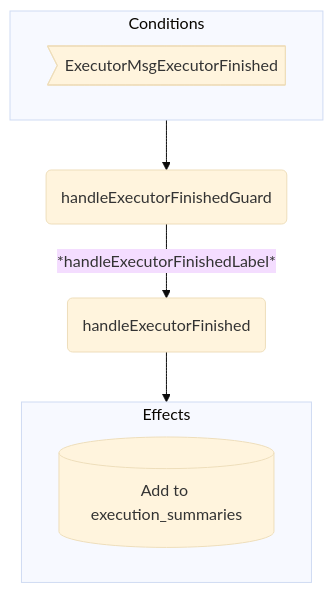
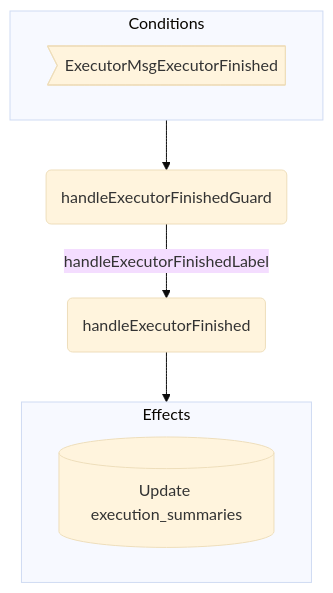
One commit to anoma/nspec changed the third of 3 diagrams in docs/arch/node/engines/mempool_worker_behaviour.juvix.md. Above: the diagram before and after it, drawn with Mermaid (base theme). The commit also changed other lines of this file and 3 other files, not shown here.

````diff
--- a/docs/arch/node/engines/mempool_worker_behaviour.juvix.md
+++ b/docs/arch/node/engines/mempool_worker_behaviour.juvix.md
@@ -590,15 +598,15 @@
 ```mermaid
 flowchart TD
   subgraph C[Conditions]
     CMsg>ExecutorMsgExecutorFinished]
   end
 
   G(handleExecutorFinishedGuard)
   A(handleExecutorFinished)
 
-  C --> G -- *handleExecutorFinishedLabel* --> A --> E
+  subgraph E[Effects]
+    EState[(Update execution_summaries)]
+  end
 
-  subgraph E[Effects]
-    EEnv[(Add to execution_summaries)]
-  end
+  C --> G -- handleExecutorFinishedLabel --> A --> E
 ```
````
